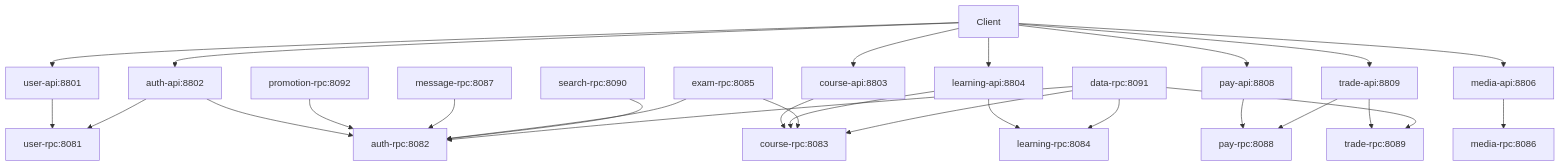
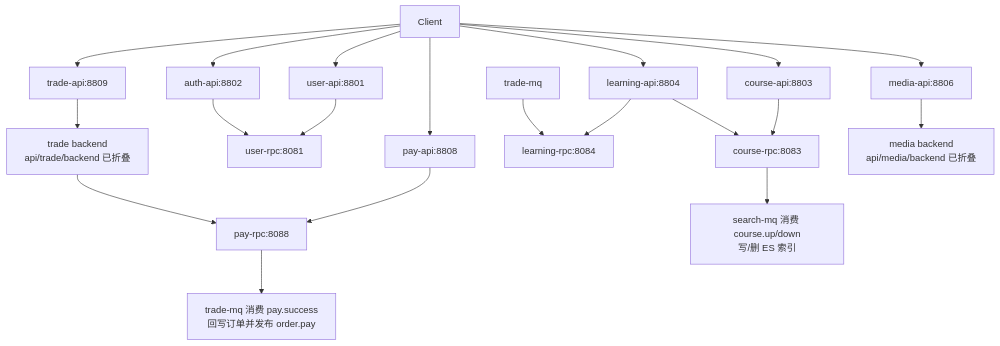
Before and after one commit to SonderLives/tjxt: the diagram in openspec/specs/architecture/service-topology/spec.md, drawn with Mermaid. The commit also changed other lines of this file and 12 other files, not shown here.

````diff
--- a/openspec/specs/architecture/service-topology/spec.md
+++ b/openspec/specs/architecture/service-topology/spec.md
@@ -13,31 +15,24 @@
 ```mermaid
 graph TD
     Client[Client] --> UserAPI[user-api:8801]
     Client --> AuthAPI[auth-api:8802]
     Client --> CourseAPI[course-api:8803]
     Client --> LearningAPI[learning-api:8804]
     Client --> PayAPI[pay-api:8808]
     Client --> TradeAPI[trade-api:8809]
     Client --> MediaAPI[media-api:8806]
 
     UserAPI --> UserRPC[user-rpc:8081]
-    AuthAPI --> AuthRPC[auth-rpc:8082]
     AuthAPI --> UserRPC
     CourseAPI --> CourseRPC[course-rpc:8083]
     LearningAPI --> LearningRPC[learning-rpc:8084]
     LearningAPI --> CourseRPC
     PayAPI --> PayRPC[pay-rpc:8088]
-    TradeAPI --> TradeRPC[trade-rpc:8089]
-    TradeAPI --> PayRPC
-    MediaAPI --> MediaRPC[media-rpc:8086]
+    TradeAPI --> TradeBackend[trade backend<br/>api/trade/backend 已折叠]
+    TradeBackend --> PayRPC
+    MediaAPI --> MediaBackend[media backend<br/>api/media/backend 已折叠]
 
-    PromotionRPC[promotion-rpc:8092] --> AuthRPC
-    MessageRPC[message-rpc:8087] --> AuthRPC
-    ExamRPC[exam-rpc:8085] --> AuthRPC
-    ExamRPC --> CourseRPC
-    SearchRPC[search-rpc:8090] --> AuthRPC
-    DataRPC[data-rpc:8091] --> AuthRPC
-    DataRPC --> CourseRPC
-    DataRPC --> TradeRPC
-    DataRPC --> LearningRPC
+    PayRPC --> PayMQ[trade-mq 消费 pay.success<br/>回写订单并发布 order.pay]
+    TradeMQ[trade-mq] --> LearningRPC
+    CourseRPC --> SearchMQ[search-mq 消费 course.up/down<br/>写/删 ES 索引]
 ```
````
